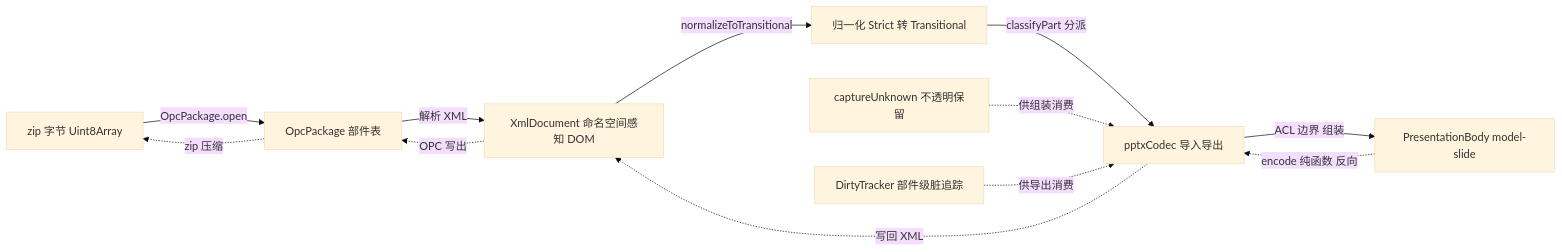
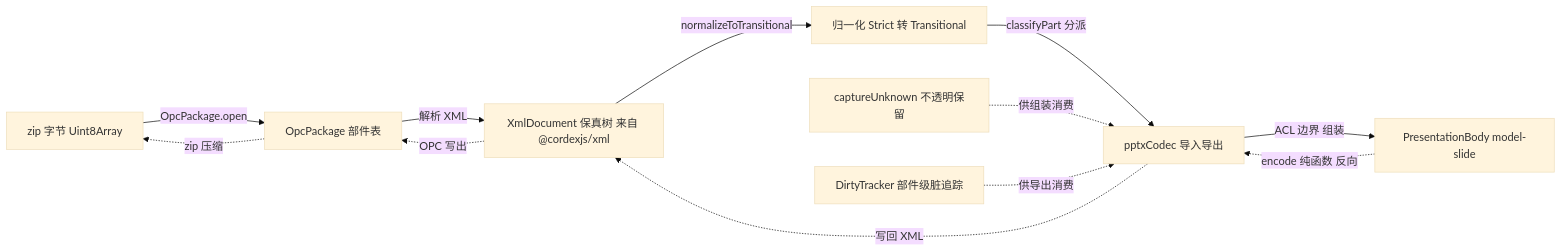
The seventh of 10 diagrams in docs/40-modules/04-ooxml-format-and-pptx-codec.md (Xeonice/cordis-ppt-editor), drawn with Mermaid (base theme) before and after one commit. The commit also changed other lines of this file and 78 other files, not shown here.

````diff
--- a/docs/40-modules/04-ooxml-format-and-pptx-codec.md
+++ b/docs/40-modules/04-ooxml-format-and-pptx-codec.md
@@ -435,22 +475,22 @@
 ```mermaid
 flowchart LR
   zipBytes["zip 字节 Uint8Array"]
   opcPackage["OpcPackage 部件表"]
-  xmlDom["XmlDocument 命名空间感知 DOM"]
+  xmlDom["XmlDocument 保真树 来自 @cordexjs/xml"]
   normalize["归一化 Strict 转 Transitional"]
   pptxCodec["pptxCodec 导入导出"]
   presentationBody["PresentationBody model-slide"]
   dirtyTracker["DirtyTracker 部件级脏追踪"]
   opaquePreserve["captureUnknown 不透明保留"]
   zipBytes -- "OpcPackage.open" --> opcPackage
   opcPackage -- "解析 XML" --> xmlDom
   xmlDom -- "normalizeToTransitional" --> normalize
   normalize -- "classifyPart 分派" --> pptxCodec
   pptxCodec -- "ACL 边界 组装" --> presentationBody
   presentationBody -. "encode 纯函数 反向" .-> pptxCodec
   pptxCodec -. "写回 XML" .-> xmlDom
   xmlDom -. "OPC 写出" .-> opcPackage
   opcPackage -. "zip 压缩" .-> zipBytes
   opaquePreserve -. "供组装消费" .-> pptxCodec
   dirtyTracker -. "供导出消费" .-> pptxCodec
 ```
````
